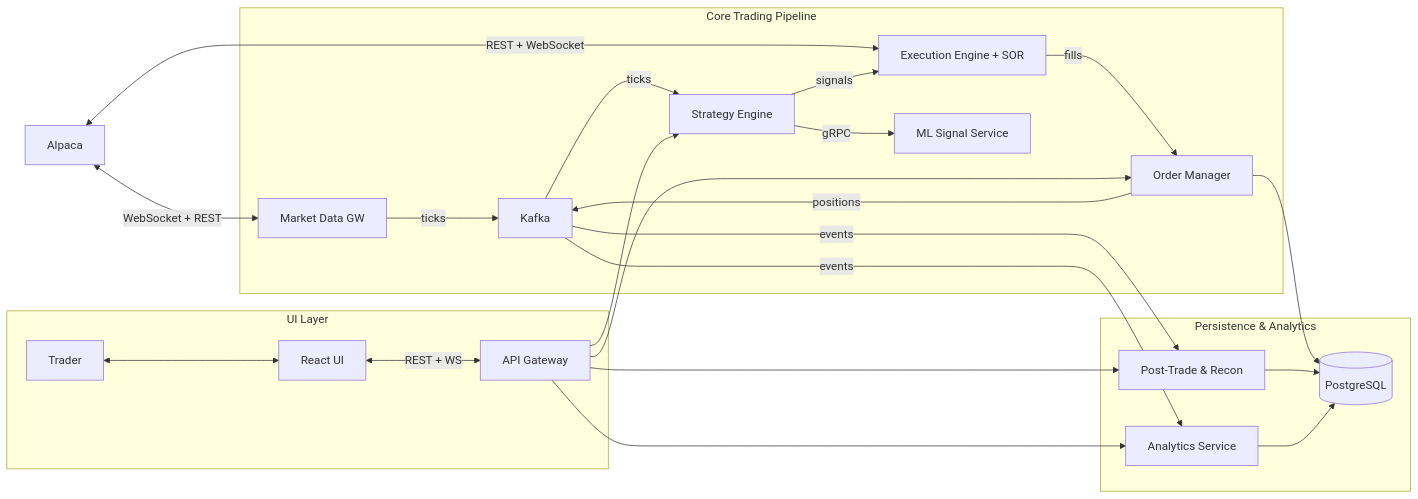
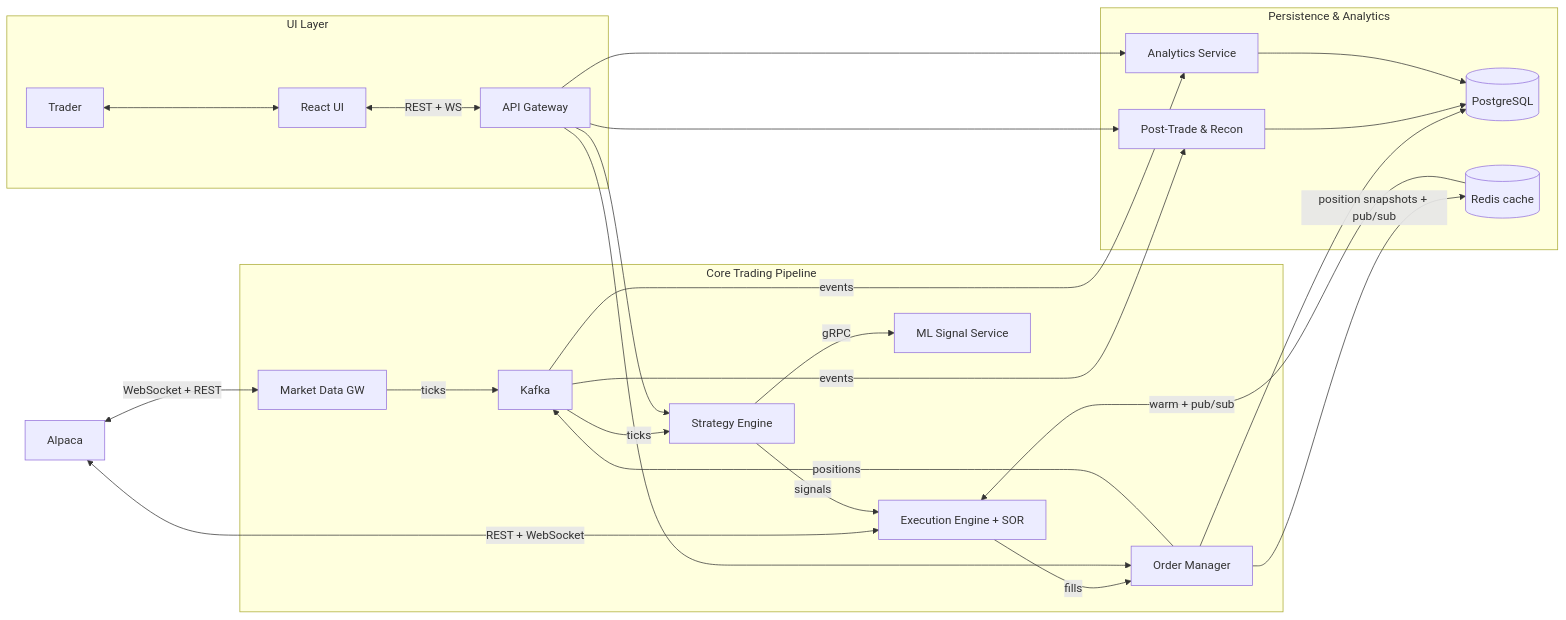
One commit to drag0sd0g/MariaAlpha changed the sixth of 19 diagrams in docs/technical-design-document.md. Above: the diagram before and after it, drawn with Mermaid. The commit also changed other lines of this file and 93 other files, not shown here.

````diff
--- a/docs/technical-design-document.md
+++ b/docs/technical-design-document.md
@@ -445,28 +445,30 @@
 ```mermaid
 graph LR
     ALP[Alpaca] <-->|WebSocket + REST| MDG
     ALP <-->|REST + WebSocket| EE
 
     subgraph Core Trading Pipeline
         MDG[Market Data GW] -->|ticks| K[Kafka]
         K -->|ticks| SE[Strategy Engine]
         SE -->|gRPC| MLS[ML Signal Service]
         SE -->|signals| EE[Execution Engine + SOR]
         EE -->|fills| OM[Order Manager]
         OM -->|positions| K
     end
 
     subgraph Persistence & Analytics
         K -->|events| PT[Post-Trade & Recon]
         K -->|events| AN[Analytics Service]
         OM --> PG[(PostgreSQL)]
+        OM -->|position snapshots + pub/sub| RD[(Redis cache)]
+        RD -->|warm + pub/sub| EE
         PT --> PG
         AN --> PG
     end
 
     subgraph UI Layer
         TR[Trader] <--> UI[React UI]
         UI <-->|REST + WS| GW[API Gateway]
         GW --> SE & OM & AN & PT
     end
 ```
````
